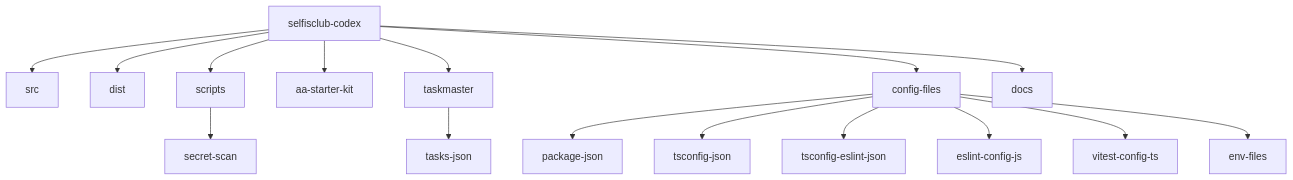
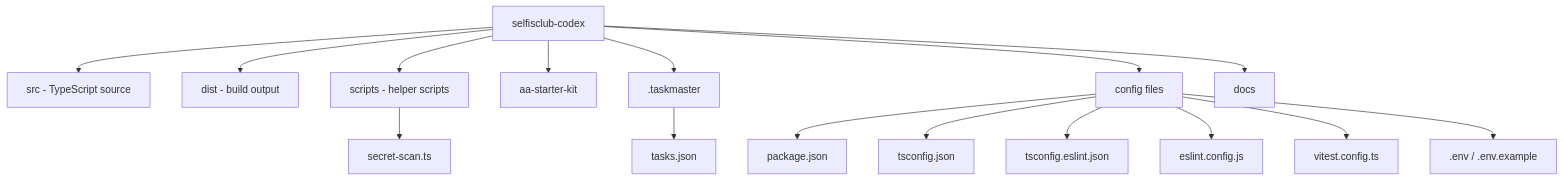
Before and after one commit to pandol69kim-bot/gitautopipe: the first of 4 diagrams in 프로젝트 전체 구조도.md, drawn with Mermaid. The commit also changed other lines of this file and 5 other files, not shown here.

Commit message:
feat: Add new diagrams and update existing documentation for improved clarity and Mermaid compatibility

````diff
--- a/프로젝트 전체 구조도.md
+++ b/프로젝트 전체 구조도.md
@@ -10,19 +8,22 @@
 ```mermaid
-graph TD
-Root[selfisclub-codex]
-Root --> Src[src]
-Root --> Dist[dist]
-Root --> Scripts[scripts]
-Root --> Starter[aa-starter-kit]
-Root --> Taskmaster[taskmaster]
-Root --> Configs[config-files]
-Root --> Docs[docs]
-Configs --> Package[package-json]
-Configs --> TS[tsconfig-json]
-Configs --> TSEslint[tsconfig-eslint-json]
-Configs --> ESLint[eslint-config-js]
-Configs --> Vitest[vitest-config-ts]
-Configs --> Env[env-files]
-Scripts --> SecretScan[secret-scan]
-Taskmaster --> Tasks[tasks-json]
+flowchart TB
+  Root["selfisclub-codex"]
+
+  Root --> Src["src - TypeScript source"]
+  Root --> Dist["dist - build output"]
+  Root --> Scripts["scripts - helper scripts"]
+  Root --> Starter["aa-starter-kit"]
+  Root --> Taskmaster[".taskmaster"]
+  Root --> Configs["config files"]
+  Root --> Docs["docs"]
+
+  Configs --> Package["package.json"]
+  Configs --> TS["tsconfig.json"]
+  Configs --> TSEslint["tsconfig.eslint.json"]
+  Configs --> ESLint["eslint.config.js"]
+  Configs --> Vitest["vitest.config.ts"]
+  Configs --> Env[".env / .env.example"]
+
+  Scripts --> SecretScan["secret-scan.ts"]
+  Taskmaster --> Tasks["tasks.json"]
 ```
````
